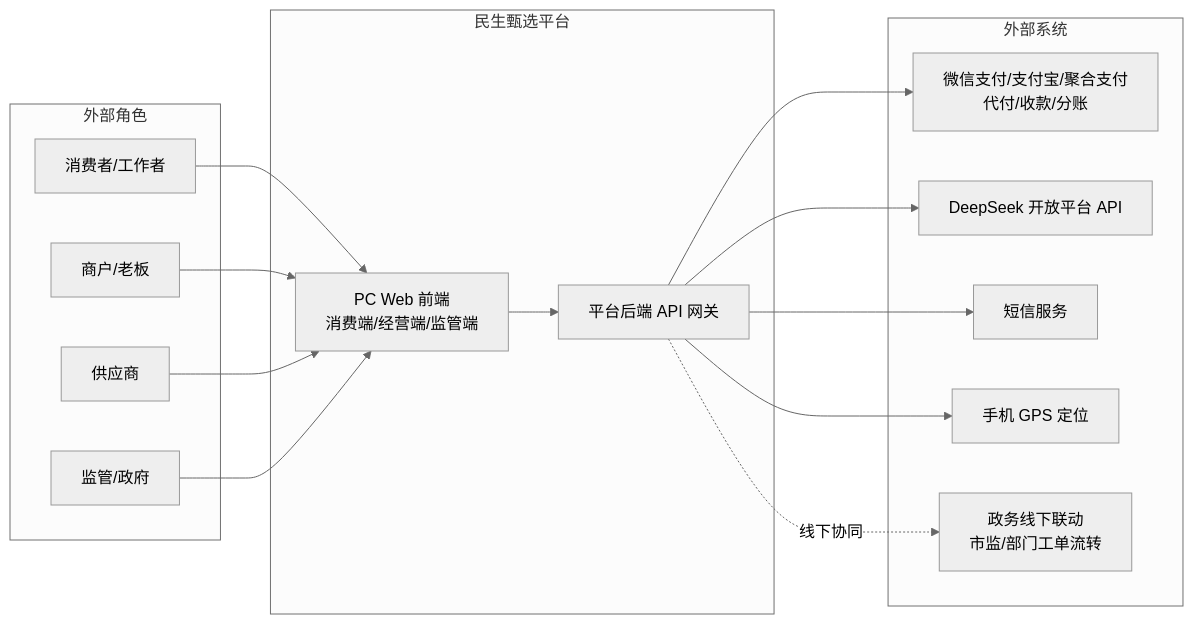
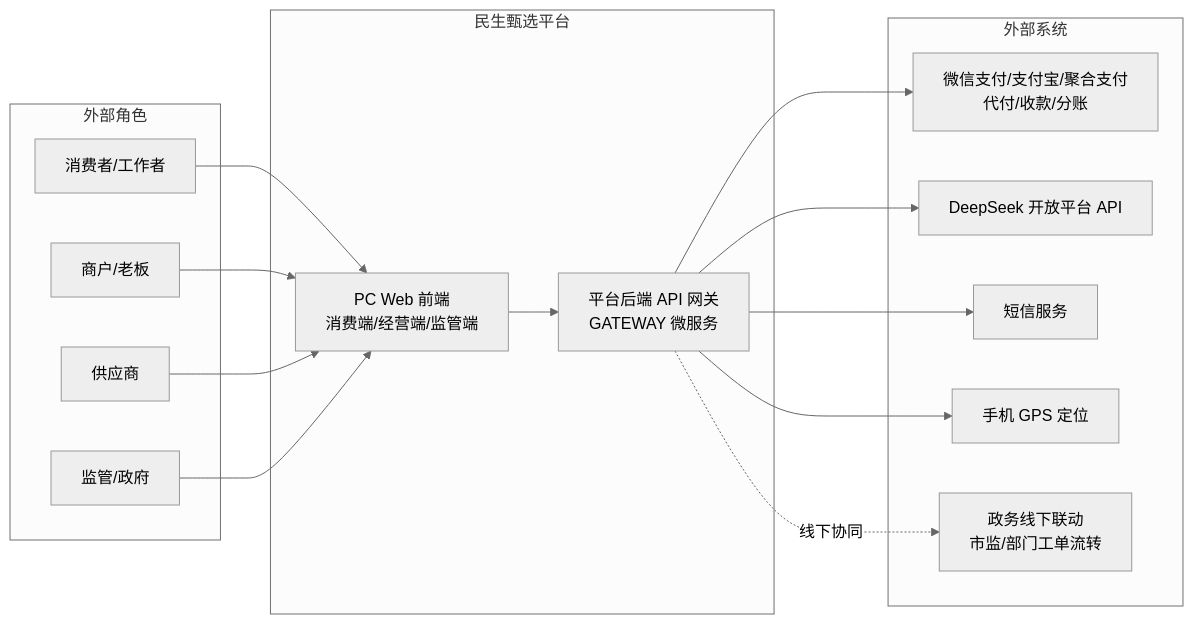
One commit to jzywm/Livelihood-Platform changed the diagram in docs/design/diagrams/01-系统上下文图.md. Above: the diagram before and after it, drawn with Mermaid (neutral theme). The commit also changed other lines of this file and 12 other files, not shown here.

````diff
--- a/docs/design/diagrams/01-系统上下文图.md
+++ b/docs/design/diagrams/01-系统上下文图.md
@@ -6,30 +6,30 @@
 ```mermaid
 graph LR
     subgraph R1["外部角色"]
         C[消费者/工作者]
         B[商户/老板]
         S[供应商]
         G[监管/政府]
     end
     subgraph R2["民生甄选平台"]
         WEB[PC Web 前端<br/>消费端/经营端/监管端]
-        API[平台后端 API 网关]
+        API[平台后端 API 网关<br/>GATEWAY 微服务]
     end
     subgraph R3["外部系统"]
         PAY[微信支付/支付宝/聚合支付<br/>代付/收款/分账]
         LLM[DeepSeek 开放平台 API]
         SMS[短信服务]
         GPS[手机 GPS 定位]
         GOV[政务线下联动<br/>市监/部门工单流转]
     end
     C --> WEB
     B --> WEB
     S --> WEB
     G --> WEB
     WEB --> API
     API --> PAY
     API --> LLM
     API --> SMS
     API --> GPS
     API -. 线下协同 .-> GOV
 ```
````
